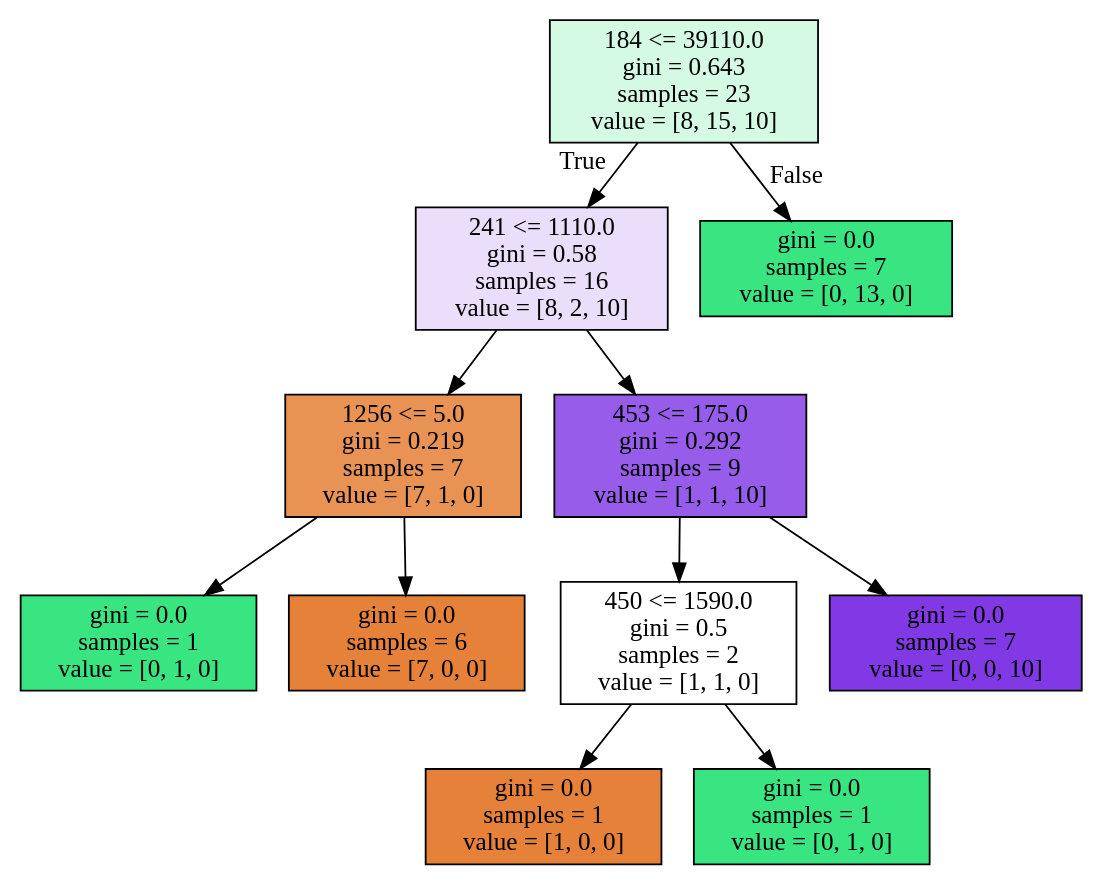
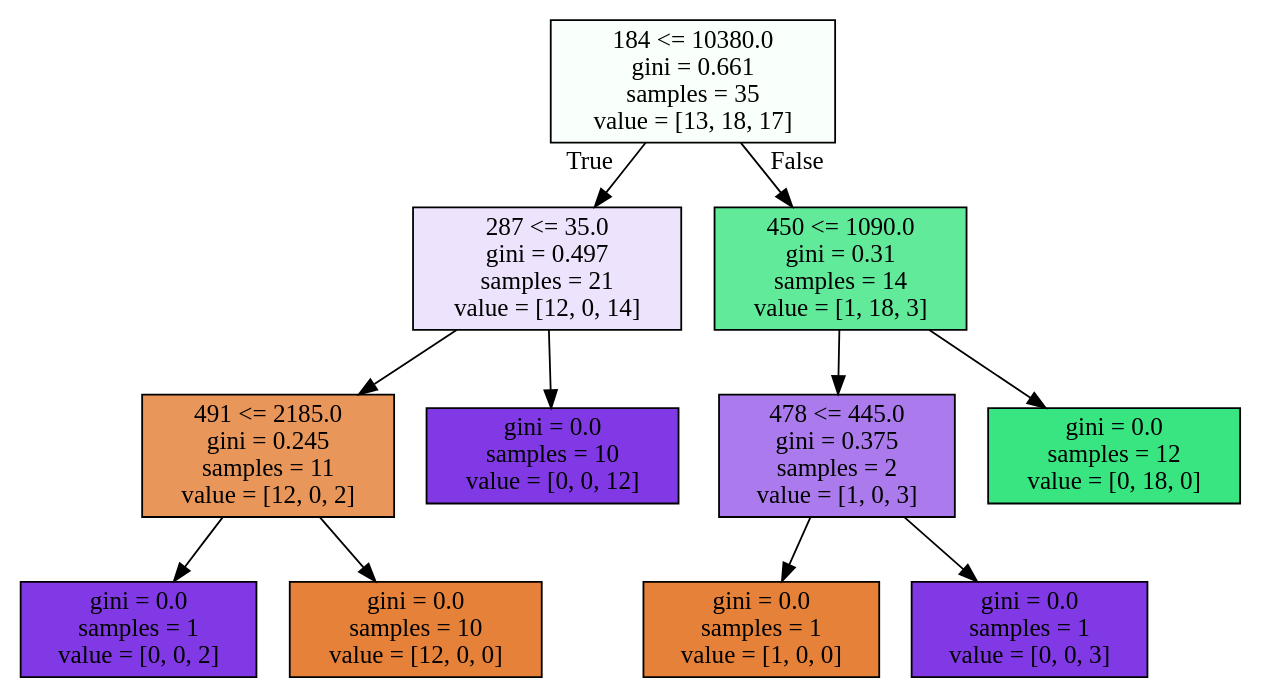
Before and after one commit to swkang73/ecig: the diagram in analysis/ec2/1_outputs/rf_trees/tree_5.dot, drawn with Graphviz. The commit also changed 225 other files, not shown here.

```diff
--- a/analysis/ec2/1_outputs/rf_trees/tree_5.dot
+++ b/analysis/ec2/1_outputs/rf_trees/tree_5.dot
@@ -1,24 +1,24 @@
 digraph Tree {
 node [shape=box, style="filled", color="black"] ;
-0 [label="184 <= 39110.0\ngini = 0.643\nsamples = 23\nvalue = [8, 15, 10]", fillcolor="#39e58137"] ;
-1 [label="241 <= 1110.0\ngini = 0.58\nsamples = 16\nvalue = [8, 2, 10]", fillcolor="#8139e52a"] ;
+0 [label="184 <= 10380.0\ngini = 0.661\nsamples = 35\nvalue = [13, 18, 17]", fillcolor="#39e58108"] ;
+1 [label="287 <= 35.0\ngini = 0.497\nsamples = 21\nvalue = [12, 0, 14]", fillcolor="#8139e524"] ;
 0 -> 1 [labeldistance=2.5, labelangle=45, headlabel="True"] ;
-2 [label="1256 <= 5.0\ngini = 0.219\nsamples = 7\nvalue = [7, 1, 0]", fillcolor="#e58139db"] ;
+2 [label="491 <= 2185.0\ngini = 0.245\nsamples = 11\nvalue = [12, 0, 2]", fillcolor="#e58139d4"] ;
 1 -> 2 ;
-3 [label="gini = 0.0\nsamples = 1\nvalue = [0, 1, 0]", fillcolor="#39e581ff"] ;
+3 [label="gini = 0.0\nsamples = 1\nvalue = [0, 0, 2]", fillcolor="#8139e5ff"] ;
 2 -> 3 ;
-4 [label="gini = 0.0\nsamples = 6\nvalue = [7, 0, 0]", fillcolor="#e58139ff"] ;
+4 [label="gini = 0.0\nsamples = 10\nvalue = [12, 0, 0]", fillcolor="#e58139ff"] ;
 2 -> 4 ;
-5 [label="453 <= 175.0\ngini = 0.292\nsamples = 9\nvalue = [1, 1, 10]", fillcolor="#8139e5d1"] ;
+5 [label="gini = 0.0\nsamples = 10\nvalue = [0, 0, 12]", fillcolor="#8139e5ff"] ;
 1 -> 5 ;
-6 [label="450 <= 1590.0\ngini = 0.5\nsamples = 2\nvalue = [1, 1, 0]", fillcolor="#e5813900"] ;
-5 -> 6 ;
-7 [label="gini = 0.0\nsamples = 1\nvalue = [1, 0, 0]", fillcolor="#e58139ff"] ;
+6 [label="450 <= 1090.0\ngini = 0.31\nsamples = 14\nvalue = [1, 18, 3]", fillcolor="#39e581c9"] ;
+0 -> 6 [labeldistance=2.5, labelangle=-45, headlabel="False"] ;
+7 [label="478 <= 445.0\ngini = 0.375\nsamples = 2\nvalue = [1, 0, 3]", fillcolor="#8139e5aa"] ;
 6 -> 7 ;
-8 [label="gini = 0.0\nsamples = 1\nvalue = [0, 1, 0]", fillcolor="#39e581ff"] ;
-6 -> 8 ;
-9 [label="gini = 0.0\nsamples = 7\nvalue = [0, 0, 10]", fillcolor="#8139e5ff"] ;
-5 -> 9 ;
-10 [label="gini = 0.0\nsamples = 7\nvalue = [0, 13, 0]", fillcolor="#39e581ff"] ;
-0 -> 10 [labeldistance=2.5, labelangle=-45, headlabel="False"] ;
+8 [label="gini = 0.0\nsamples = 1\nvalue = [1, 0, 0]", fillcolor="#e58139ff"] ;
+7 -> 8 ;
+9 [label="gini = 0.0\nsamples = 1\nvalue = [0, 0, 3]", fillcolor="#8139e5ff"] ;
+7 -> 9 ;
+10 [label="gini = 0.0\nsamples = 12\nvalue = [0, 18, 0]", fillcolor="#39e581ff"] ;
+6 -> 10 ;
 }
```
